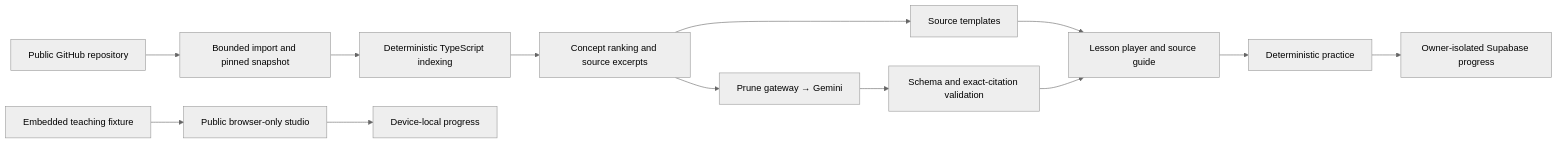
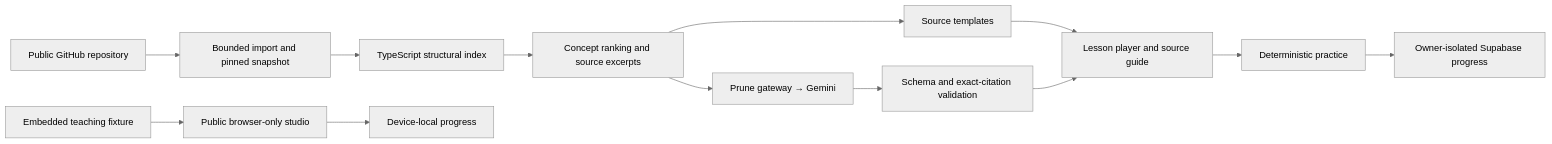
Before and after one commit to pranav-pokkula/synapse: the diagram in README.md, drawn with Mermaid (neutral theme). The commit also changed other lines of this file and 16 other files, not shown here.

````diff
--- a/README.md
+++ b/README.md
@@ -65,15 +73,15 @@
 ```mermaid
 flowchart LR
   R[Public GitHub repository] --> I[Bounded import and pinned snapshot]
-  I --> X[Deterministic TypeScript indexing]
+  I --> X[TypeScript structural index]
   X --> C[Concept ranking and source excerpts]
   C --> T[Source templates]
   C --> P[Prune gateway → Gemini]
   P --> V[Schema and exact-citation validation]
   T --> U[Lesson player and source guide]
   V --> U
   U --> A[Deterministic practice]
   A --> S[Owner-isolated Supabase progress]
   F[Embedded teaching fixture] --> B[Public browser-only studio]
   B --> L[Device-local progress]
 ```
````
